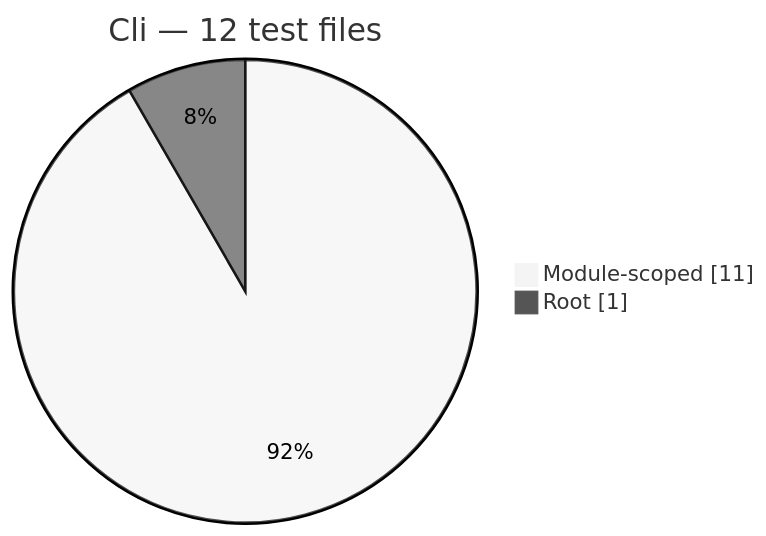
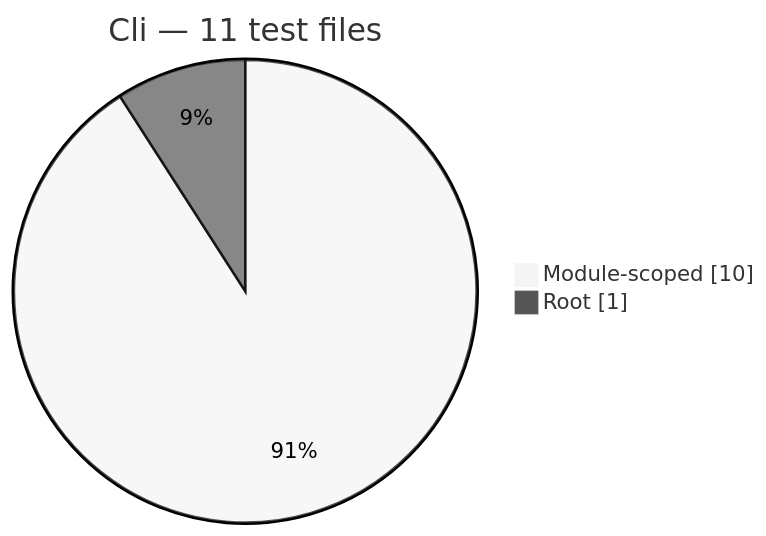
The eighth of 13 diagrams in docs/generated/test-composition.md (PHP-Arazzo/php-arazzo), drawn with Mermaid (neutral theme) before and after one commit. The commit also changed other lines of this file and 209 other files, not shown here.

````diff
--- a/docs/generated/test-composition.md
+++ b/docs/generated/test-composition.md
@@ -116,6 +120,6 @@
 ```mermaid
 pie showData
-    title Cli — 12 test files
-    "Module-scoped": 11
+    title Cli — 11 test files
+    "Module-scoped": 10
     "Root": 1
 ```
````
